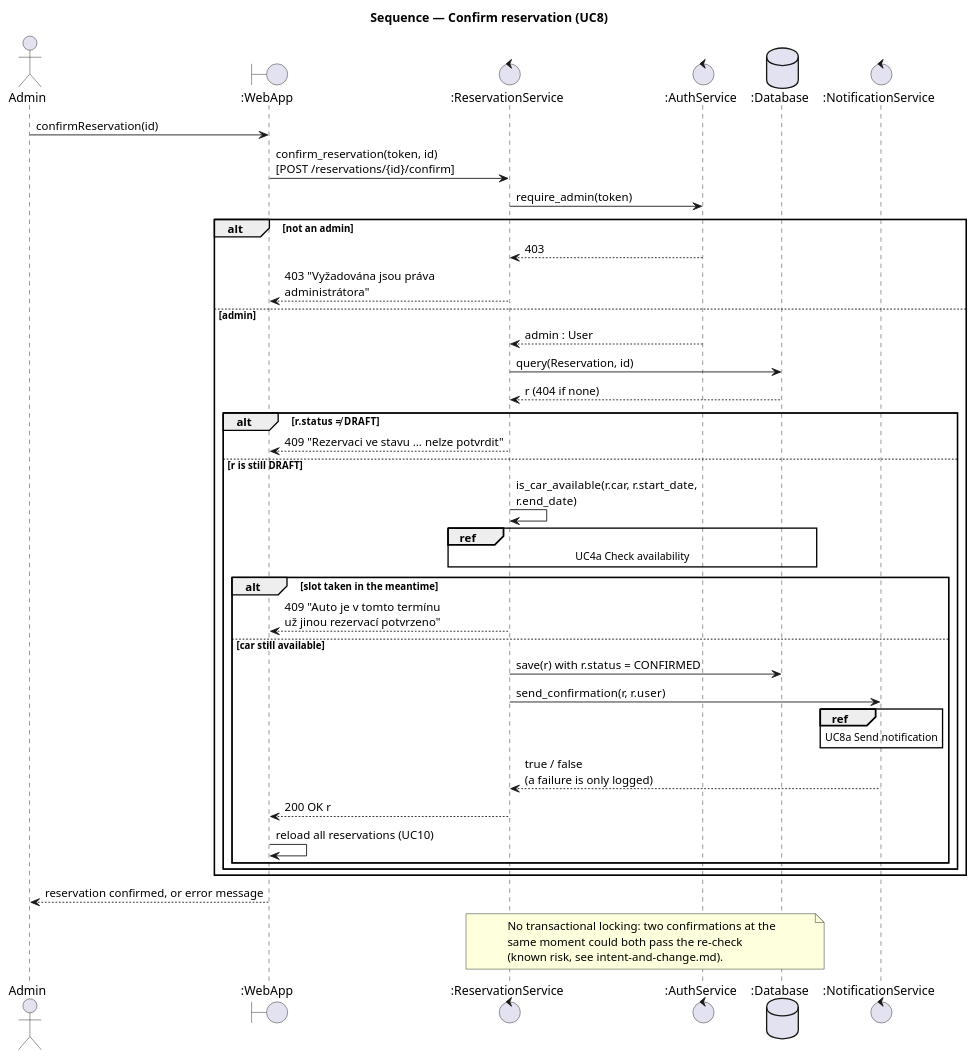
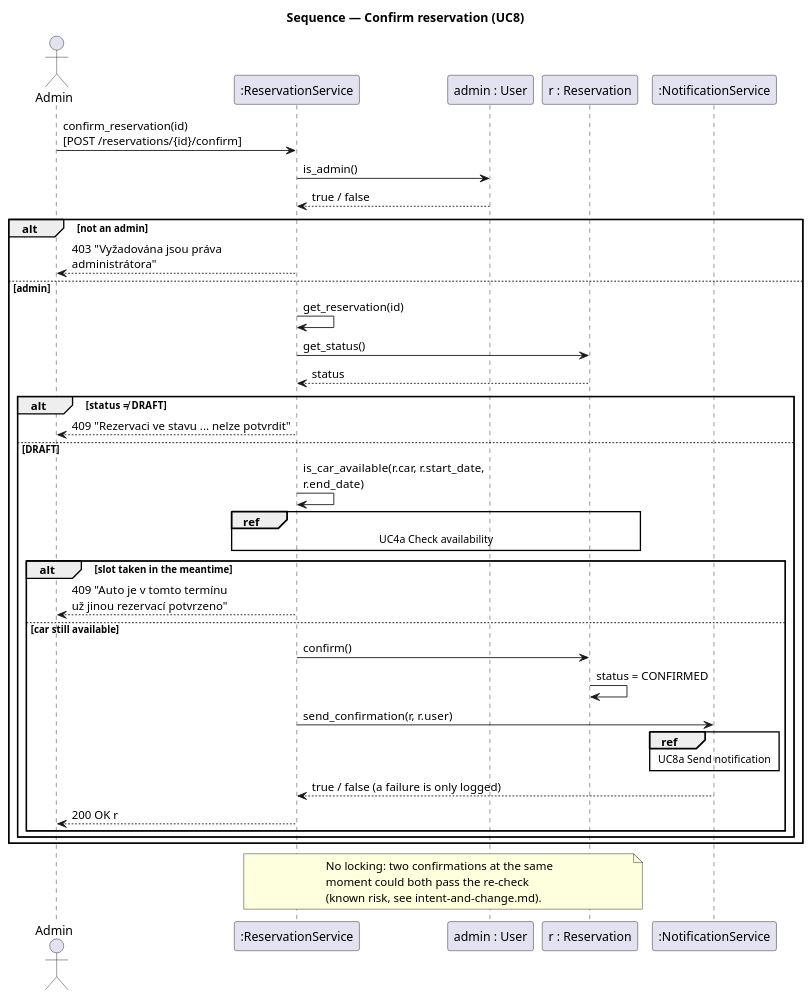
Before and after one commit to DavidMagyarics/CarRentalVSB: the diagram in docs/diagrams/sequence-confirm-reservation.puml, drawn with PlantUML. The commit also changed 13 other files, not shown here.

Commit message:
docs: draw the sequence diagrams in the lecture style, with the domain objects as the main participants

```diff
--- a/docs/diagrams/sequence-confirm-reservation.puml
+++ b/docs/diagrams/sequence-confirm-reservation.puml
@@ -1,50 +1,45 @@
 @startuml sequence-confirm-reservation
 skinparam backgroundColor white
 skinparam responseMessageBelowArrow true
 skinparam maxMessageSize 260
 title Sequence — Confirm reservation (UC8)
 actor Admin
-boundary ":WebApp" as Web
-control ":ReservationService" as Res
-control ":AuthService" as Auth
-database ":Database" as DB
-control ":NotificationService" as NS
+participant ":ReservationService" as Res
+participant "admin : User" as A
+participant "r : Reservation" as R
+participant ":NotificationService" as NS
 
-Admin -> Web : confirmReservation(id)
-Web -> Res : confirm_reservation(token, id)\n[POST /reservations/{id}/confirm]
-Res -> Auth : require_admin(token)
+Admin -> Res : confirm_reservation(id)\n[POST /reservations/{id}/confirm]
+Res -> A : is_admin()
+A --> Res : true / false
 
 alt not an admin
-  Auth --> Res : 403
-  Res --> Web : 403 "Vyžadována jsou práva administrátora"
+  Res --> Admin : 403 "Vyžadována jsou práva administrátora"
 else admin
-  Auth --> Res : admin : User
-  Res -> DB : query(Reservation, id)
-  DB --> Res : r (404 if none)
-
-  alt r.status ≠ DRAFT
-    Res --> Web : 409 "Rezervaci ve stavu ... nelze potvrdit"
-  else r is still DRAFT
+  Res -> Res : get_reservation(id)
+  Res -> R : get_status()
+  R --> Res : status
+  alt status ≠ DRAFT
+    Res --> Admin : 409 "Rezervaci ve stavu ... nelze potvrdit"
+  else DRAFT
     Res -> Res : is_car_available(r.car, r.start_date, r.end_date)
-    ref over Res, DB : UC4a Check availability
+    ref over Res, R : UC4a Check availability
     alt slot taken in the meantime
-      Res --> Web : 409 "Auto je v tomto termínu\nuž jinou rezervací potvrzeno"
+      Res --> Admin : 409 "Auto je v tomto termínu\nuž jinou rezervací potvrzeno"
     else car still available
-      Res -> DB : save(r) with r.status = CONFIRMED
+      Res -> R : confirm()
+      R -> R : status = CONFIRMED
       Res -> NS : send_confirmation(r, r.user)
       ref over NS : UC8a Send notification
-      NS --> Res : true / false\n(a failure is only logged)
-      Res --> Web : 200 OK r
-      Web -> Web : reload all reservations (UC10)
+      NS --> Res : true / false (a failure is only logged)
+      Res --> Admin : 200 OK r
     end
   end
 end
 
-Web --> Admin : reservation confirmed, or error message
-
-note over Res, DB
-  No transactional locking: two confirmations at the
-  same moment could both pass the re-check
+note over Res, R
+  No locking: two confirmations at the same
+  moment could both pass the re-check
   (known risk, see intent-and-change.md).
 end note
 @enduml
```
